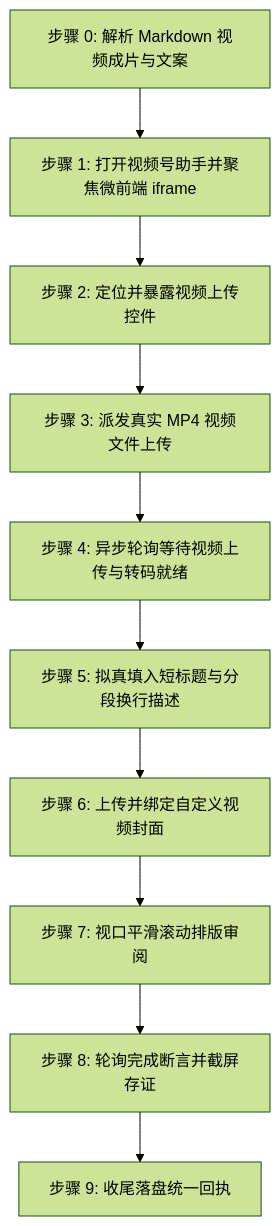
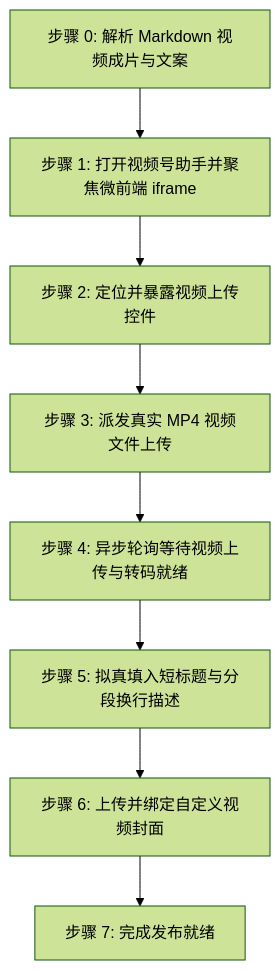
The diagram in skills/doudou-shipinhao/SKILL.md (undsky/doudou-publish-skills), drawn with Mermaid (forest theme) before and after one commit. The commit also changed other lines of this file and 57 other files, not shown here.

````diff
--- a/skills/doudou-shipinhao/SKILL.md
+++ b/skills/doudou-shipinhao/SKILL.md
@@ -116,12 +12,10 @@
 ```mermaid
 flowchart TD
     S0[步骤 0: 解析 Markdown 视频成片与文案] --> S1[步骤 1: 打开视频号助手并聚焦微前端 iframe]
     S1 --> S2[步骤 2: 定位并暴露视频上传控件]
     S2 --> S3[步骤 3: 派发真实 MP4 视频文件上传]
     S3 --> S4[步骤 4: 异步轮询等待视频上传与转码就绪]
     S4 --> S5[步骤 5: 拟真填入短标题与分段换行描述]
     S5 --> S6[步骤 6: 上传并绑定自定义视频封面]
-    S6 --> S7[步骤 7: 视口平滑滚动排版审阅]
-    S7 --> S8[步骤 8: 轮询完成断言并截屏存证]
-    S8 --> S9[步骤 9: 收尾落盘统一回执]
+    S6 --> S7[步骤 7: 完成发布就绪]
 ```
````
